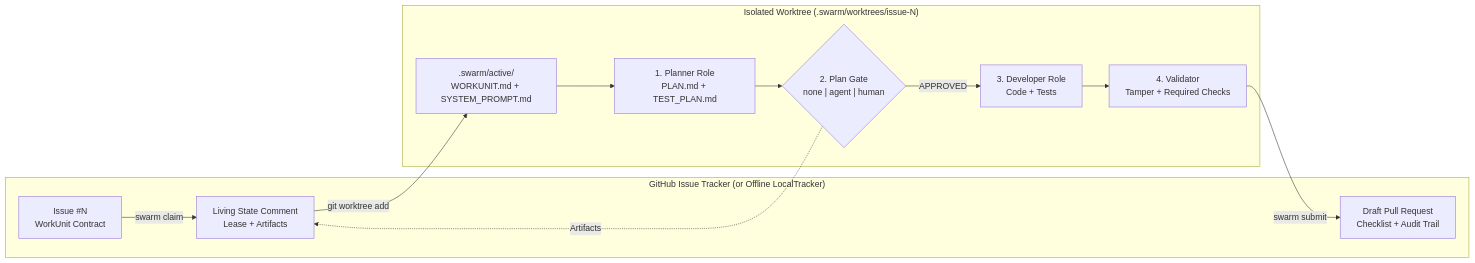
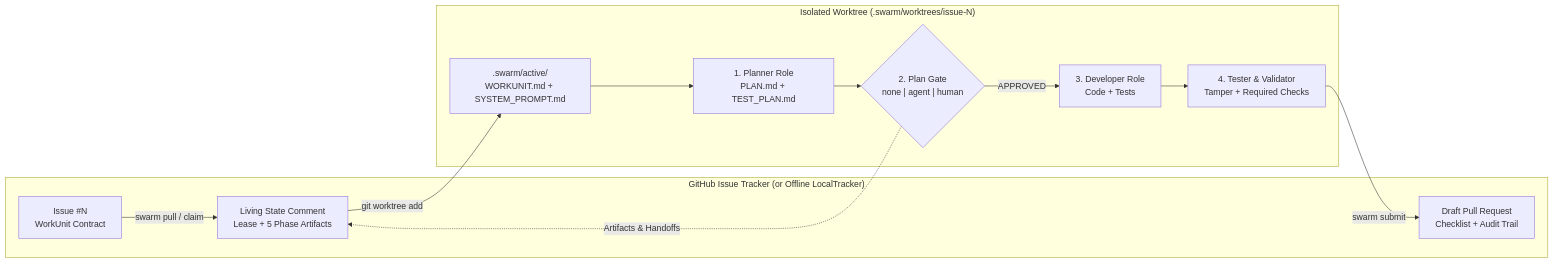
The diagram in README.md (supernovae/SwarmOS), drawn with Mermaid before and after one commit. The commit also changed other lines of this file and 8 other files, not shown here.

````diff
--- a/README.md
+++ b/README.md
@@ -38,23 +39,23 @@
 ```mermaid
 flowchart LR
     subgraph GitHub["GitHub Issue Tracker (or Offline LocalTracker)"]
         Issue["Issue #N<br/>WorkUnit Contract"]
-        Lease["Living State Comment<br/>Lease + Artifacts"]
+        Lease["Living State Comment<br/>Lease + 5 Phase Artifacts"]
         PR["Draft Pull Request<br/>Checklist + Audit Trail"]
     end
 
     subgraph Worktree["Isolated Worktree (.swarm/worktrees/issue-N)"]
         Bundle[".swarm/active/<br/>WORKUNIT.md + SYSTEM_PROMPT.md"]
         Plan["1. Planner Role<br/>PLAN.md + TEST_PLAN.md"]
         Gate{"2. Plan Gate<br/>none | agent | human"}
         Impl["3. Developer Role<br/>Code + Tests"]
-        Val["4. Validator<br/>Tamper + Required Checks"]
+        Val["4. Tester & Validator<br/>Tamper + Required Checks"]
     end
 
-    Issue -->|swarm claim| Lease
+    Issue -->|swarm pull / claim| Lease
     Lease -->|git worktree add| Bundle
     Bundle --> Plan --> Gate
     Gate -->|APPROVED| Impl --> Val
-    Gate -.->|Artifacts| Lease
+    Gate -.->|Artifacts & Handoffs| Lease
     Val -->|swarm submit| PR
 ```
````
